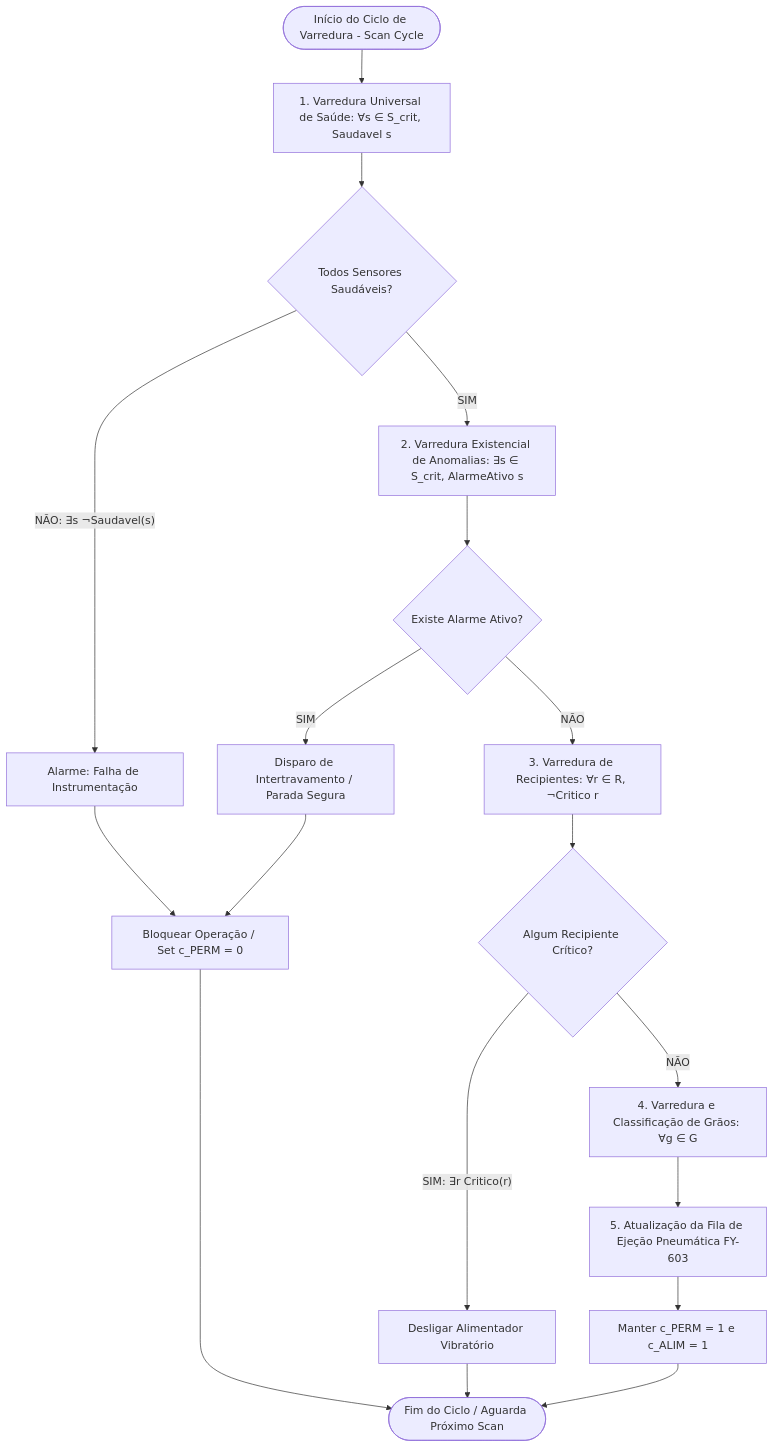
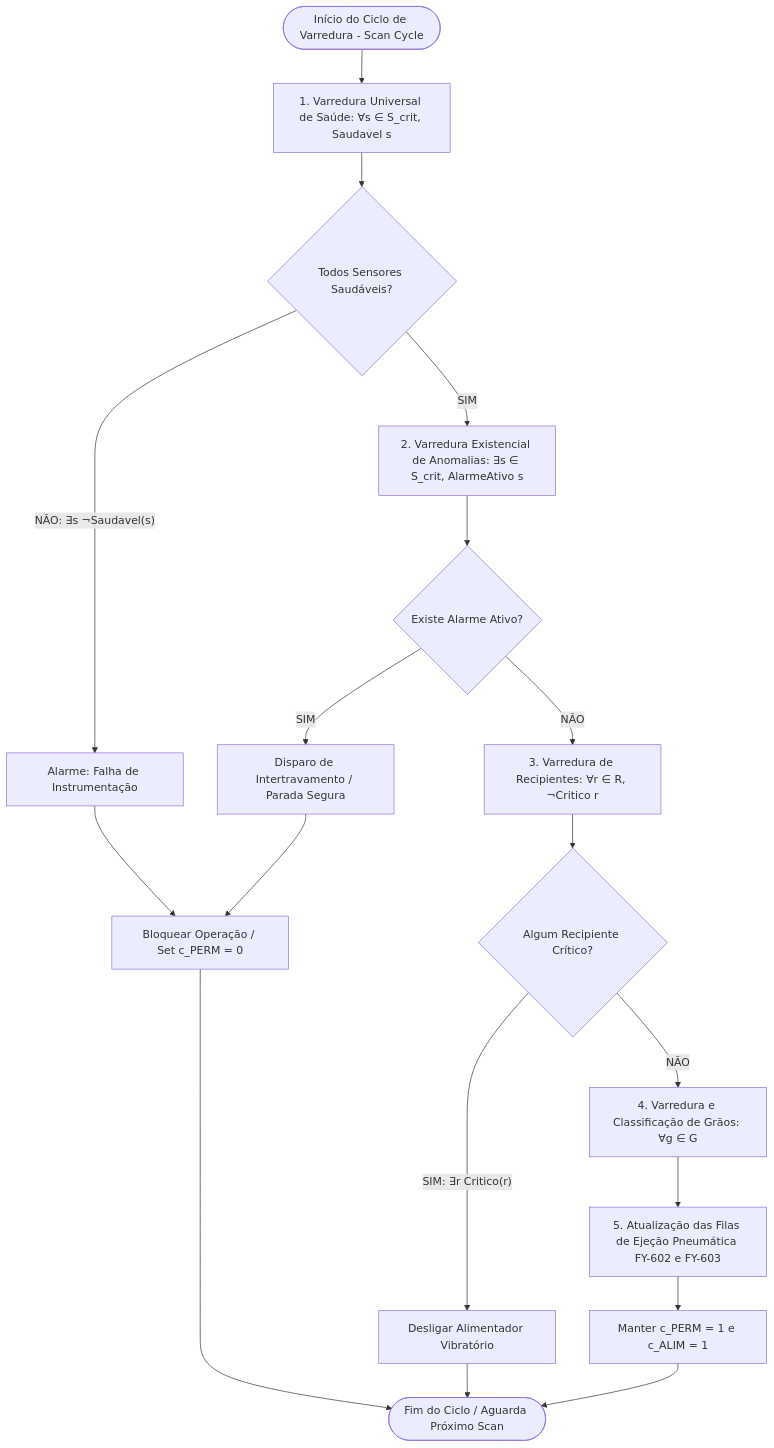
The diagram in etapa-01-logica/06 - Quantificadores e Predicados.md (felipeconradovidal/SCADA-Core_Automatica_GRUPO4), drawn with Mermaid before and after one commit. The commit also changed other lines of this file and 18 other files, not shown here.

````diff
--- a/etapa-01-logica/06 - Quantificadores e Predicados.md
+++ b/etapa-01-logica/06 - Quantificadores e Predicados.md
@@ -158,27 +161,27 @@
 ```mermaid
 flowchart TD
     Inicio([Início do Ciclo de Varredura - Scan Cycle]) --> ScanSensores[1. Varredura Universal de Saúde: ∀s ∈ S_crit, Saudavel s]
     
     ScanSensores --> CheckSaude{Todos Sensores Saudáveis?}
     CheckSaude -- NÃO: ∃s ¬Saudavel(s) --> AlarmeFalhaHardware[Alarme: Falha de Instrumentação]
     AlarmeFalhaHardware --> BloqueioOperacao[Bloquear Operação / Set c_PERM = 0]
     
     CheckSaude -- SIM --> ScanAlarmes[2. Varredura Existencial de Anomalias: ∃s ∈ S_crit, AlarmeAtivo s]
     
     ScanAlarmes --> CheckAlarmes{Existe Alarme Ativo?}
     CheckAlarmes -- SIM --> DisparoTrip[Disparo de Intertravamento / Parada Segura]
     DisparoTrip --> BloqueioOperacao
     
     CheckAlarmes -- NÃO --> ScanReservatorios[3. Varredura de Recipientes: ∀r ∈ R, ¬Critico r]
     
     ScanReservatorios --> CheckNivel{Algum Recipiente Crítico?}
     CheckNivel -- SIM: ∃r Critico(r) --> InterrompeAlimentador[Desligar Alimentador Vibratório]
     
     CheckNivel -- NÃO --> ScanGraos[4. Varredura e Classificação de Grãos: ∀g ∈ G]
     
-    ScanGraos --> ProcessaEjetor[5. Atualização da Fila de Ejeção Pneumática FY-603]
+    ScanGraos --> ProcessaEjetor[5. Atualização das Filas de Ejeção Pneumática FY-602 e FY-603]
     ProcessaEjetor --> LiberaPlanta[Manter c_PERM = 1 e c_ALIM = 1]
     LiberaPlanta --> FimCiclo([Fim do Ciclo / Aguarda Próximo Scan])
     BloqueioOperacao --> FimCiclo
     InterrompeAlimentador --> FimCiclo
 ```
````
